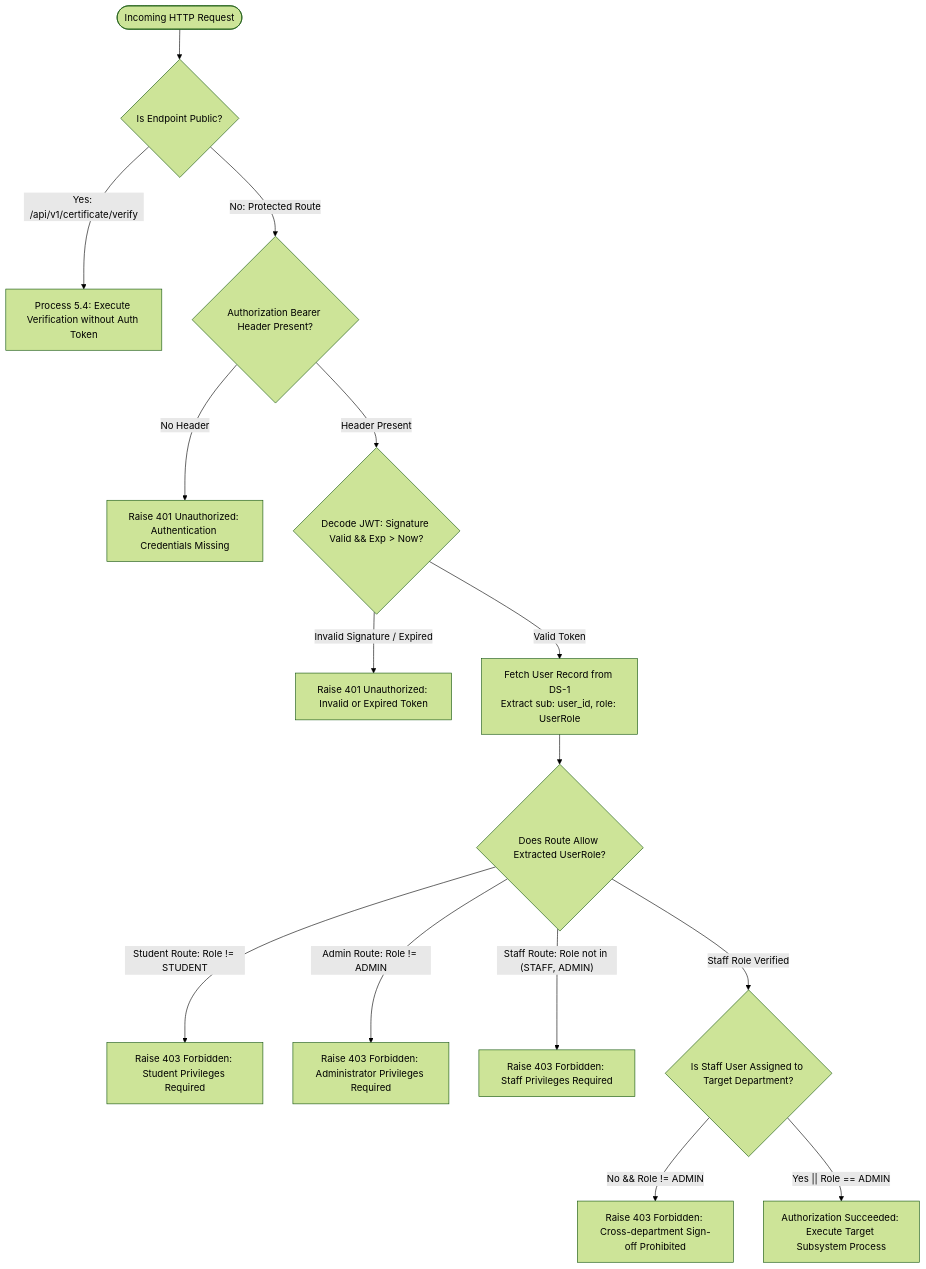
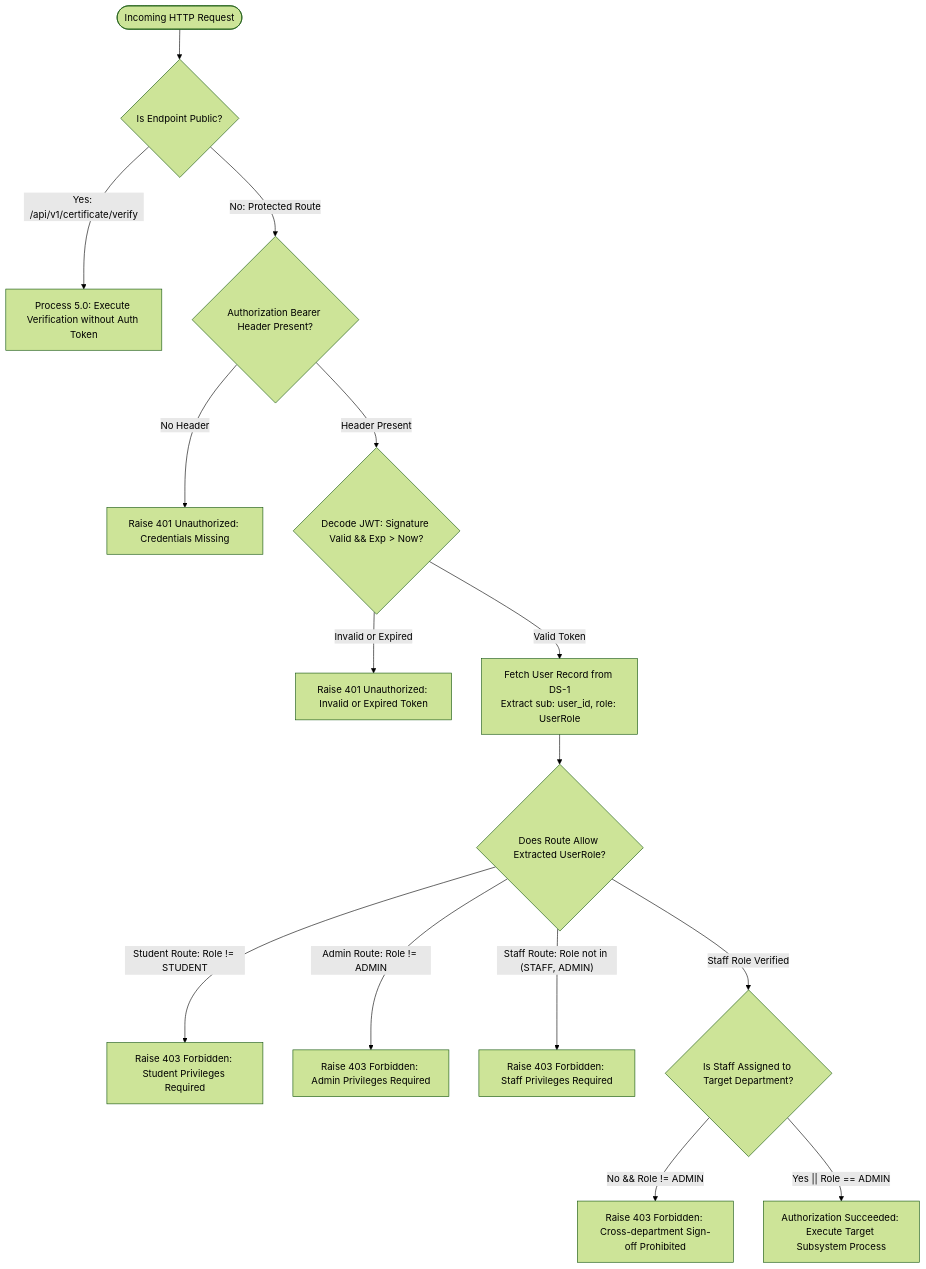
One commit to rags-git/clearance-automation-engine changed the sixth of 6 diagrams in docs/DFD.md. Above: the diagram before and after it, drawn with Mermaid (forest theme). The commit also changed other lines of this file and 8 other files, not shown here.

Commit message:
fix(docs): resolve mermaid syntax error in Decision Tree 2, eliminate blank pages, and finalize DFD vector PDF

````diff
--- a/docs/DFD.md
+++ b/docs/DFD.md
@@ -514,23 +465,23 @@
 ```mermaid
 flowchart TD
-    Req([Incoming HTTP Request]) --> CheckAuth{Is Endpoint Public?}
+    Req(["Incoming HTTP Request"]) --> CheckAuth{"Is Endpoint Public?"}
     
-    CheckAuth -- Yes: /api/v1/certificate/verify --> ServePublic[Process 5.4: Execute Verification without Auth Token]
-    CheckAuth -- No: Protected Route --> CheckHeader{Authorization Bearer Header Present?}
+    CheckAuth -- "Yes: /api/v1/certificate/verify" --> ServePublic["Process 5.0: Execute Verification without Auth Token"]
+    CheckAuth -- "No: Protected Route" --> CheckHeader{"Authorization Bearer Header Present?"}
     
-    CheckHeader -- No Header --> Reject401[Raise 401 Unauthorized: Authentication Credentials Missing]
-    CheckHeader -- Header Present --> DecodeJWT{Decode JWT: Signature Valid && Exp > Now?}
+    CheckHeader -- "No Header" --> Reject401["Raise 401 Unauthorized: Credentials Missing"]
+    CheckHeader -- "Header Present" --> DecodeJWT{"Decode JWT: Signature Valid && Exp > Now?"}
     
-    DecodeJWT -- Invalid Signature / Expired --> Reject401Expired[Raise 401 Unauthorized: Invalid or Expired Token]
-    DecodeJWT -- Valid Token --> ExtractUser[Fetch User Record from DS-1<br/>Extract sub: user_id, role: UserRole]
+    DecodeJWT -- "Invalid or Expired" --> Reject401Expired["Raise 401 Unauthorized: Invalid or Expired Token"]
+    DecodeJWT -- "Valid Token" --> ExtractUser["Fetch User Record from DS-1<br/>Extract sub: user_id, role: UserRole"]
     
-    ExtractUser --> CheckRouteRole{Does Route Allow Extracted UserRole?}
+    ExtractUser --> CheckRouteRole{"Does Route Allow Extracted UserRole?"}
     
-    CheckRouteRole -- Student Route: Role != STUDENT --> Reject403S[Raise 403 Forbidden: Student Privileges Required]
-    CheckRouteRole -- Admin Route: Role != ADMIN --> Reject403A[Raise 403 Forbidden: Administrator Privileges Required]
-    CheckRouteRole -- Staff Route: Role not in (STAFF, ADMIN) --> Reject403St[Raise 403 Forbidden: Staff Privileges Required]
+    CheckRouteRole -- "Student Route: Role != STUDENT" --> Reject403S["Raise 403 Forbidden: Student Privileges Required"]
+    CheckRouteRole -- "Admin Route: Role != ADMIN" --> Reject403A["Raise 403 Forbidden: Admin Privileges Required"]
+    CheckRouteRole -- "Staff Route: Role not in (STAFF, ADMIN)" --> Reject403St["Raise 403 Forbidden: Staff Privileges Required"]
     
-    CheckRouteRole -- Staff Role Verified --> CheckDept{Is Staff User Assigned to Target Department?}
-    CheckDept -- No && Role != ADMIN --> Reject403Dept[Raise 403 Forbidden: Cross-department Sign-off Prohibited]
-    CheckDept -- Yes || Role == ADMIN --> AllowExecute[Authorization Succeeded: Execute Target Subsystem Process]
+    CheckRouteRole -- "Staff Role Verified" --> CheckDept{"Is Staff Assigned to Target Department?"}
+    CheckDept -- "No && Role != ADMIN" --> Reject403Dept["Raise 403 Forbidden: Cross-department Sign-off Prohibited"]
+    CheckDept -- "Yes || Role == ADMIN" --> AllowExecute["Authorization Succeeded: Execute Target Subsystem Process"]
 ```
````
